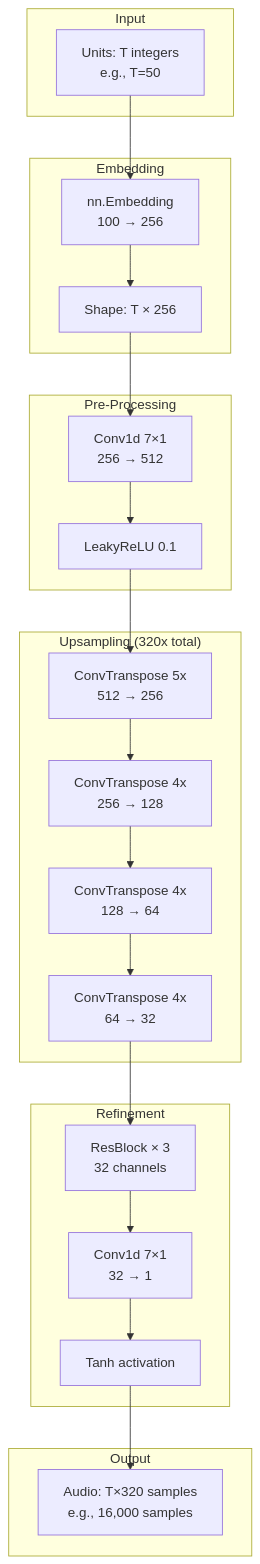
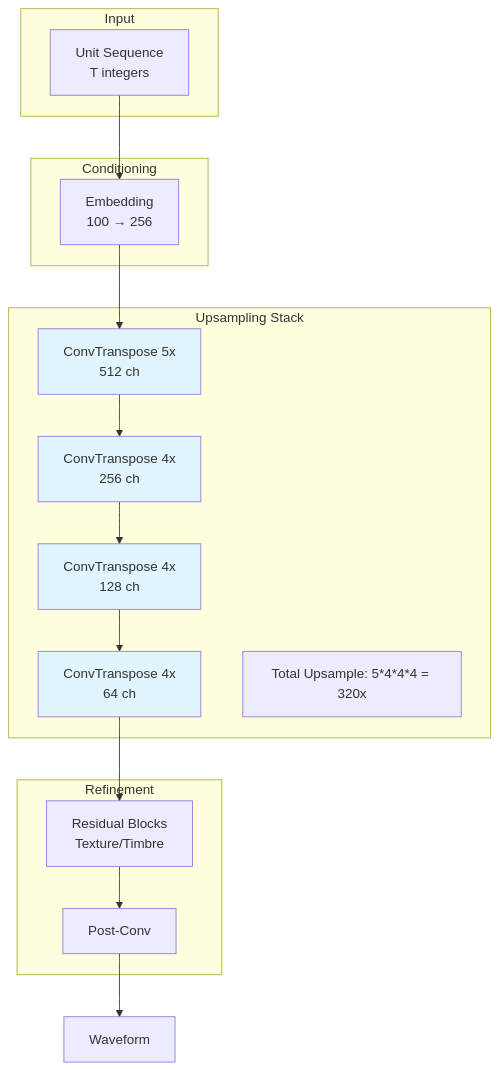
Before and after one commit to shemaobt/model-training: the fourth of 6 diagrams in docs/ARCHITECTURE.md, drawn with Mermaid. The commit also changed other lines of this file and 1 other file, not shown here.

First line of the commit message:
docs: enhance architecture deep dive and pipeline overview

````diff
--- a/docs/ARCHITECTURE.md
+++ b/docs/ARCHITECTURE.md
@@ -185,35 +158,30 @@
 ```mermaid
 flowchart TB
     subgraph Input
-        A[Units: T integers<br/>e.g., T=50]
+        A[Unit Sequence<br/>T integers]
     end
     
-    subgraph Embedding
-        B[nn.Embedding<br/>100 → 256]
-        C[Shape: T × 256]
+    subgraph Conditioning
+        B[Embedding<br/>100 → 256]
     end
     
-    subgraph Pre-Processing
-        D[Conv1d 7×1<br/>256 → 512]
-        E[LeakyReLU 0.1]
-    end
-    
-    subgraph Upsampling["Upsampling (320x total)"]
-        F[ConvTranspose 5x<br/>512 → 256]
-        G[ConvTranspose 4x<br/>256 → 128]
-        H[ConvTranspose 4x<br/>128 → 64]
-        I[ConvTranspose 4x<br/>64 → 32]
+    subgraph Upsampling Stack
+        C[ConvTranspose 5x<br/>512 ch]
+        D[ConvTranspose 4x<br/>256 ch]
+        E[ConvTranspose 4x<br/>128 ch]
+        F[ConvTranspose 4x<br/>64 ch]
+        Note[Total Upsample: 5*4*4*4 = 320x]
     end
     
     subgraph Refinement
-        J[ResBlock × 3<br/>32 channels]
-        K[Conv1d 7×1<br/>32 → 1]
-        L[Tanh activation]
+        G[Residual Blocks<br/>Texture/Timbre]
+        H[Post-Conv]
     end
     
-    subgraph Output
-        M[Audio: T×320 samples<br/>e.g., 16,000 samples]
-    end
+    A --> B --> C --> D --> E --> F --> G --> H --> I[Waveform]
     
-    A --> B --> C --> D --> E --> F --> G --> H --> I --> J --> K --> L --> M
+    style C fill:#e1f5fe
+    style D fill:#e1f5fe
+    style E fill:#e1f5fe
+    style F fill:#e1f5fe
 ```
````
